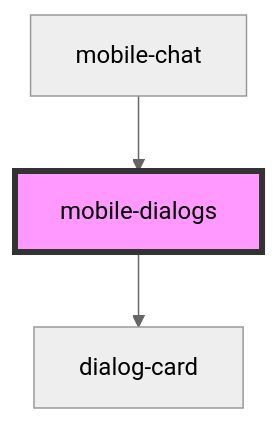
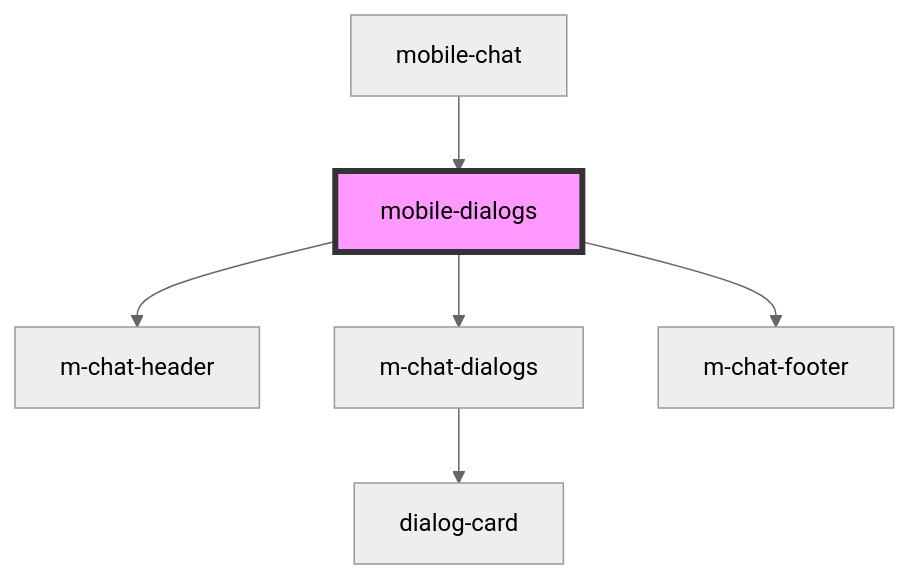
One commit to saqhan/stencil-chat changed the diagram in src/components/mobile/mobile-chat/res/view/mobile-dialogs/readme.md. Above: the diagram before and after it, drawn with Mermaid (neutral theme). The commit also changed other lines of this file and 16 other files, not shown here.

````diff
--- a/src/components/mobile/mobile-chat/res/view/mobile-dialogs/readme.md
+++ b/src/components/mobile/mobile-chat/res/view/mobile-dialogs/readme.md
@@ -35,6 +37,9 @@
 ```mermaid
 graph TD;
-  mobile-dialogs --> dialog-card
+  mobile-dialogs --> m-chat-header
+  mobile-dialogs --> m-chat-dialogs
+  mobile-dialogs --> m-chat-footer
+  m-chat-dialogs --> dialog-card
   mobile-chat --> mobile-dialogs
   style mobile-dialogs fill:#f9f,stroke:#333,stroke-width:4px
 ```
````
